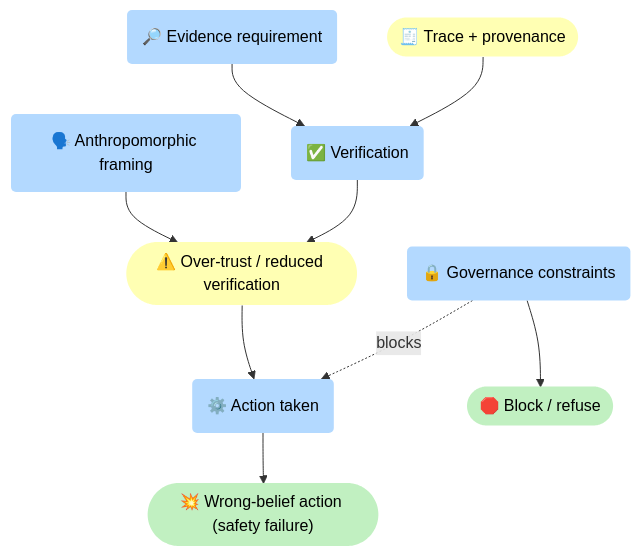
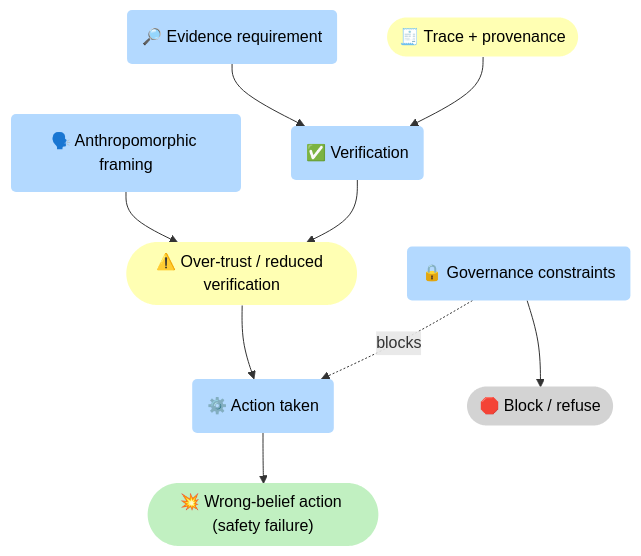
The second of 3 diagrams in docs/philosophy/ai-consciousness.md (5Reasons/5reasons.github.io), drawn with Mermaid before and after one commit. The commit also changed other lines of this file and 18 other files, not shown here.

First line of the commit message:
Enhance methodology documentation with detailed diagrams and connections

````diff
--- a/docs/philosophy/ai-consciousness.md
+++ b/docs/philosophy/ai-consciousness.md
@@ -99,32 +101,32 @@
 ```mermaid
 flowchart TB
 %% Styles (brModel Standard)
 classDef i fill:#D3D3D3,stroke-width:0px,color:#000;
 classDef p fill:#B3D9FF,stroke-width:0px,color:#000;
 classDef r fill:#FFFFB3,stroke-width:0px,color:#000;
 classDef o fill:#C1F0C1,stroke-width:0px,color:#000;
 classDef s fill:#FFB3B3,stroke-width:0px,color:#000;
 
 P_Frame("🗣️ Anthropomorphic framing"):::p
 R_Trust(["⚠️ Over-trust / reduced verification"]):::r
 P_Act("⚙️ Action taken"):::p
 O_Fail(["💥 Wrong-belief action (safety failure)"]):::o
 
 P_Ev("🔎 Evidence requirement"):::p
 R_Trace(["🧾 Trace + provenance"]):::r
 P_Verify("✅ Verification"):::p
 
 P_Gov("🔒 Governance constraints"):::p
-O_Block(["🛑 Block / refuse"]):::o
+O_Block(["🛑 Block / refuse"]):::i
 
 P_Frame --> R_Trust --> P_Act --> O_Fail
 P_Ev --> P_Verify --> R_Trust
 R_Trace --> P_Verify
 P_Gov -. "blocks" .-> P_Act
 P_Gov --> O_Block
 
 %% Clickable nodes
 click P_Gov "/reasoners/governance/" "Governance"
 click P_Ev "/philosophy/three-laws/" "Three laws"
 click R_Trace "/methodology/llm-tool-rag/" "LLM + Tool + RAG"
 ```
````
